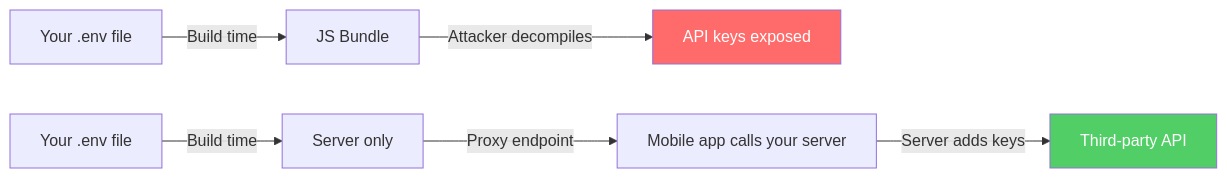
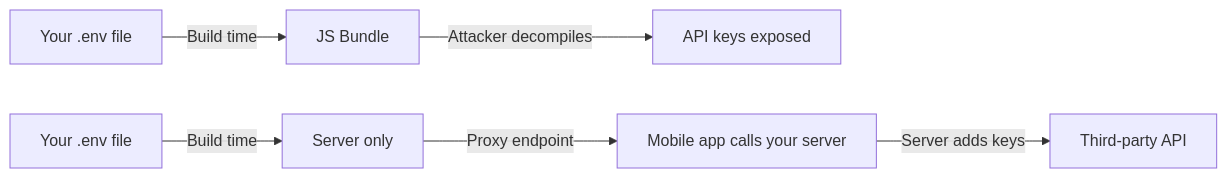
Before and after one commit to BabaScience/react-guides: the seventh of 8 diagrams in arguments/chapters/rn-15-auth-security.md, drawn with Mermaid. The commit also changed other lines of this file and 63 other files, not shown here.

First line of the commit message:
Enrich React Native roadmap with deeper content, visuals, and FR/IT translations

````diff
--- a/arguments/chapters/rn-15-auth-security.md
+++ b/arguments/chapters/rn-15-auth-security.md
@@ -351,12 +528,9 @@
 ```mermaid
 graph LR
     A[Your .env file] -->|Build time| B[JS Bundle]
     B -->|Attacker decompiles| C[API keys exposed]
-    
+
     D[Your .env file] -->|Build time| E[Server only]
     E -->|Proxy endpoint| F[Mobile app calls your server]
     F -->|Server adds keys| G[Third-party API]
-    
-    style C fill:#ff6b6b,color:#fff
-    style G fill:#51cf66,color:#fff
 ```
````
